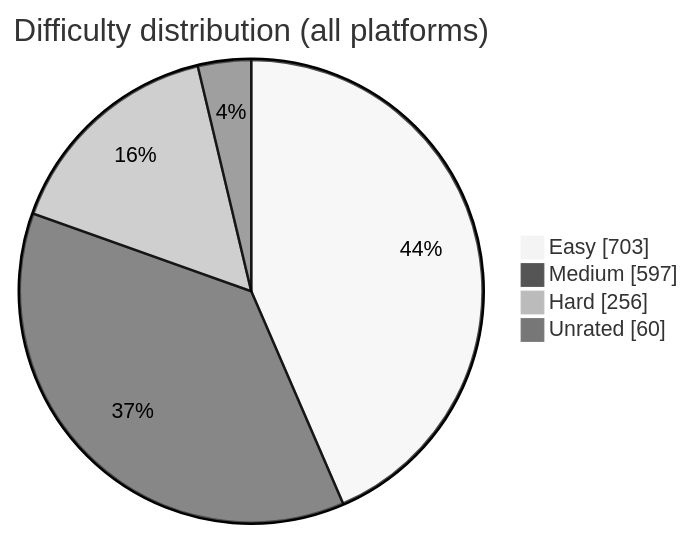
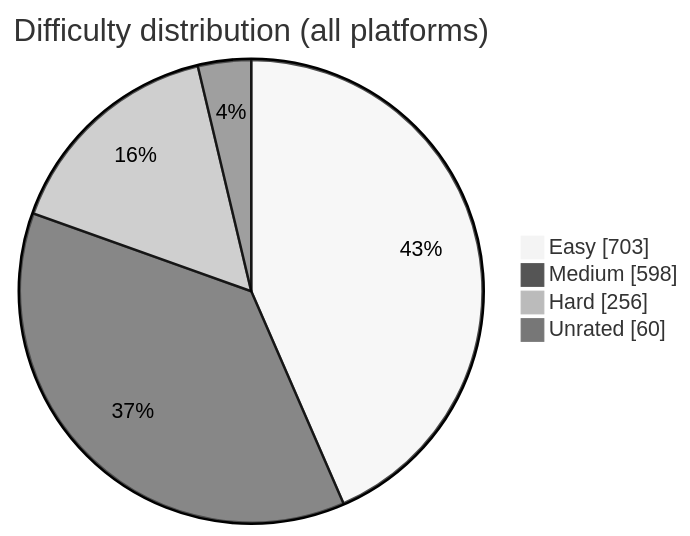
The diagram in README.md (BuildbyArindam/Daily-Coding-Log), drawn with Mermaid (neutral theme) before and after one commit. The commit also changed other lines of this file, not shown here.

````diff
--- a/README.md
+++ b/README.md
@@ -93,7 +93,7 @@
 ```mermaid
 pie showData title Difficulty distribution (all platforms)
     "Easy" : 703
-    "Medium" : 597
+    "Medium" : 598
     "Hard" : 256
     "Unrated" : 60
 ```
````
